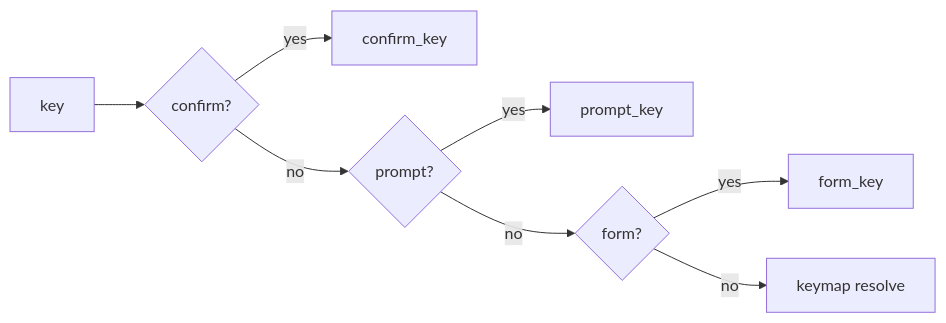
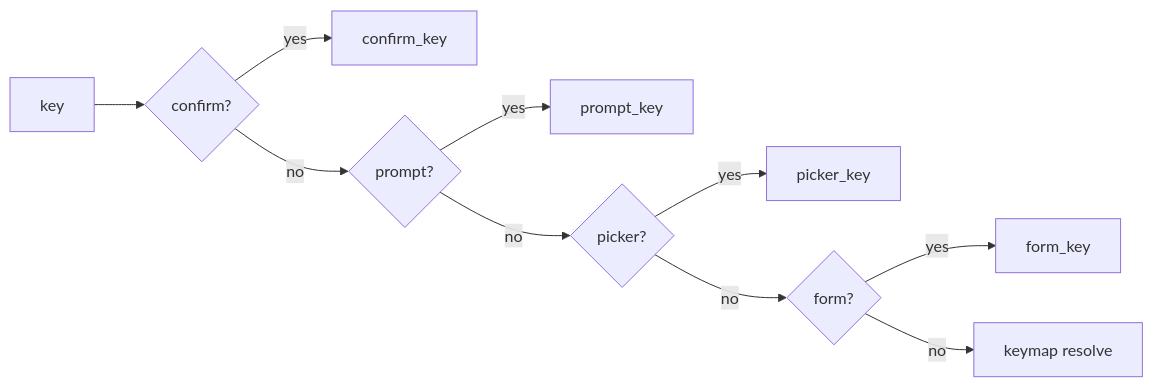
The diagram in docs/ARCHITECTURE.md (arisros/tmprl), drawn with Mermaid before and after one commit. The commit also changed other lines of this file and 25 other files, not shown here.

````diff
--- a/docs/ARCHITECTURE.md
+++ b/docs/ARCHITECTURE.md
@@ -498,10 +499,12 @@
 ```mermaid
 flowchart LR
     K[key] --> C{confirm?}
     C -->|yes| CK[confirm_key]
     C -->|no| P{prompt?}
     P -->|yes| PK[prompt_key]
-    P -->|no| F{form?}
+    P -->|no| PI{picker?}
+    PI -->|yes| PIK[picker_key]
+    PI -->|no| F{form?}
     F -->|yes| FK[form_key]
     F -->|no| KM[keymap resolve]
 ```
````
